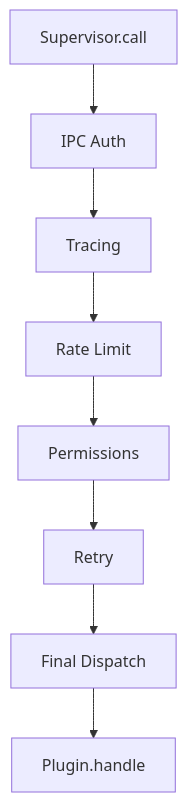
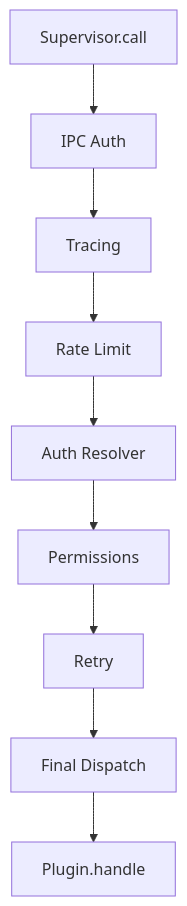
The diagram in doc/advanced/middleware.md (traoreera/xcore), drawn with Mermaid before and after one commit. The commit also changed other lines of this file and 20 other files, not shown here.

````diff
--- a/doc/advanced/middleware.md
+++ b/doc/advanced/middleware.md
@@ -18,10 +18,11 @@
 ```mermaid
 graph TD
     A[Supervisor.call] --> M1[IPC Auth]
     M1 --> M2[Tracing]
     M2 --> M3[Rate Limit]
-    M3 --> M4[Permissions]
-    M4 --> M5[Retry]
-    M5 --> D[Final Dispatch]
+    M3 --> M4[Auth Resolver]
+    M4 --> M5[Permissions]
+    M5 --> M6[Retry]
+    M6 --> D[Final Dispatch]
     D --> P[Plugin.handle]
 ```
````
